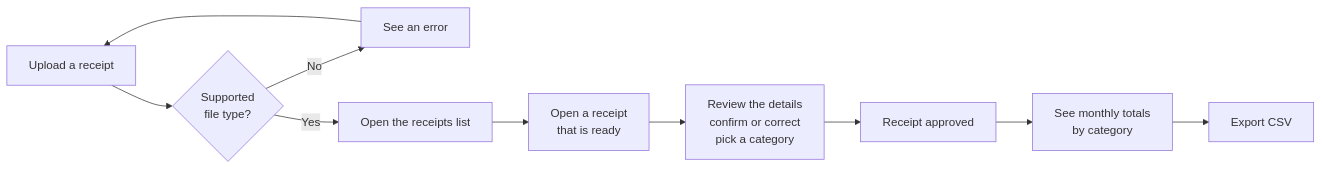
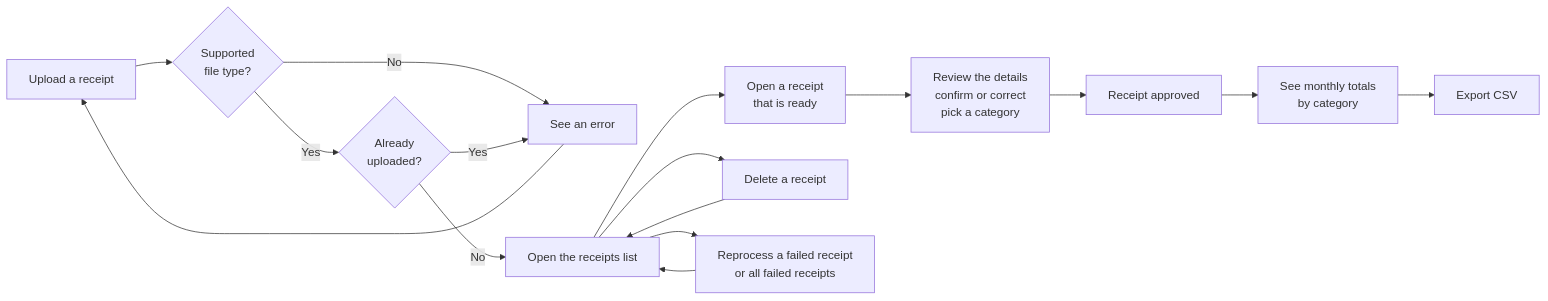
One commit to restocado/stubby changed the diagram in docs/user-stories.md. Above: the diagram before and after it, drawn with Mermaid. The commit also changed other lines of this file and 2 other files, not shown here.

First line of the commit message:
docs: add non-functional requirements and receipt rules

````diff
--- a/docs/user-stories.md
+++ b/docs/user-stories.md
@@ -21,12 +25,18 @@
 ```mermaid
 flowchart LR
     A[Upload a receipt] --> V{Supported<br/>file type?}
     V -- No --> X[See an error]
     X --> A
-    V -- Yes --> L[Open the receipts list]
+    V -- Yes --> D{Already<br/>uploaded?}
+    D -- Yes --> X
+    D -- No --> L[Open the receipts list]
     L --> O[Open a receipt<br/>that is ready]
     O --> R[Review the details<br/>confirm or correct<br/>pick a category]
     R --> P[Receipt approved]
     P --> M[See monthly totals<br/>by category]
     M --> E[Export CSV]
+    L --> DEL[Delete a receipt]
+    DEL --> L
+    L --> RQ[Reprocess a failed receipt<br/>or all failed receipts]
+    RQ --> L
 ```
````
